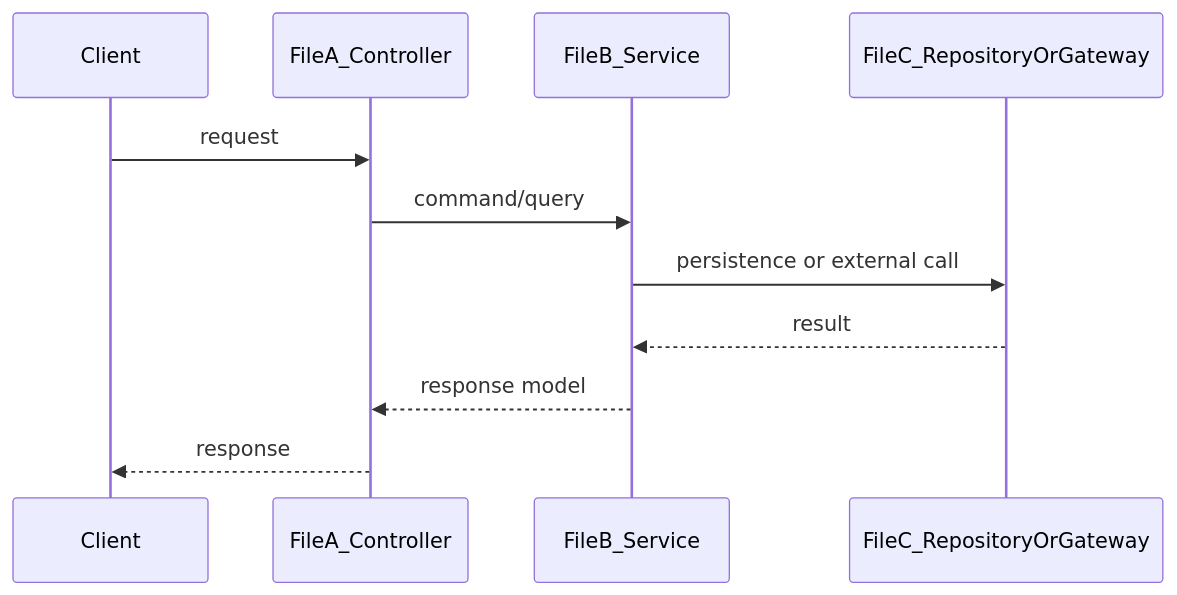
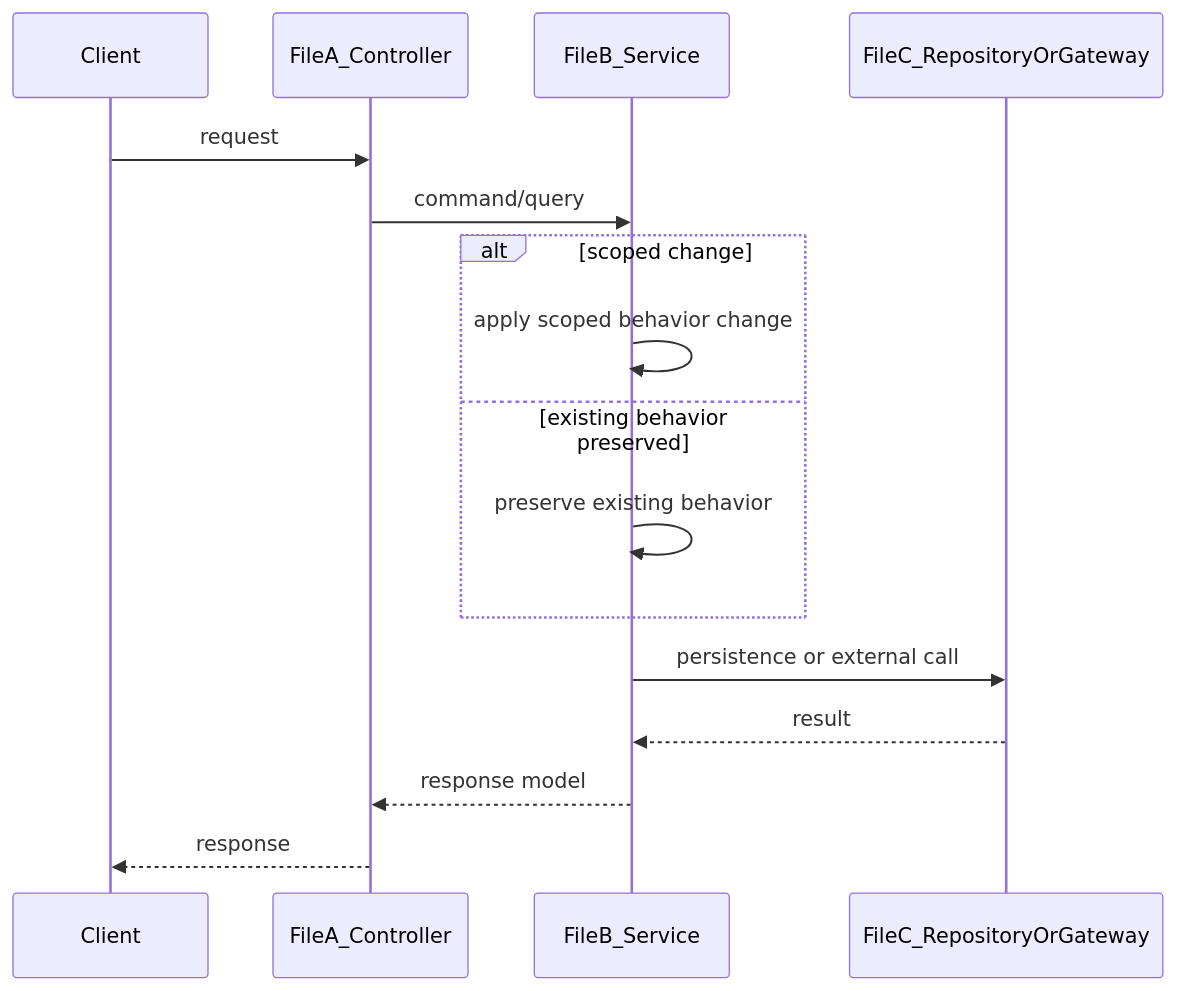
Before and after one commit to hindraxxx/open-harness: the second of 3 diagrams in .harness/templates/session.md, drawn with Mermaid. The commit also changed other lines of this file and 5 other files, not shown here.

First line of the commit message:
feat: add Old Flow section for before/after comparison in implementation guidance

````diff
--- a/.harness/templates/session.md
+++ b/.harness/templates/session.md
@@ -39,13 +55,18 @@
 ```mermaid
 sequenceDiagram
     participant Client
     participant FileA_Controller
     participant FileB_Service
     participant FileC_RepositoryOrGateway
     Client->>FileA_Controller: request
     FileA_Controller->>FileB_Service: command/query
+    alt scoped change
+        FileB_Service->>FileB_Service: apply scoped behavior change
+    else existing behavior preserved
+        FileB_Service->>FileB_Service: preserve existing behavior
+    end
     FileB_Service->>FileC_RepositoryOrGateway: persistence or external call
     FileC_RepositoryOrGateway-->>FileB_Service: result
     FileB_Service-->>FileA_Controller: response model
     FileA_Controller-->>Client: response
 ```
````
